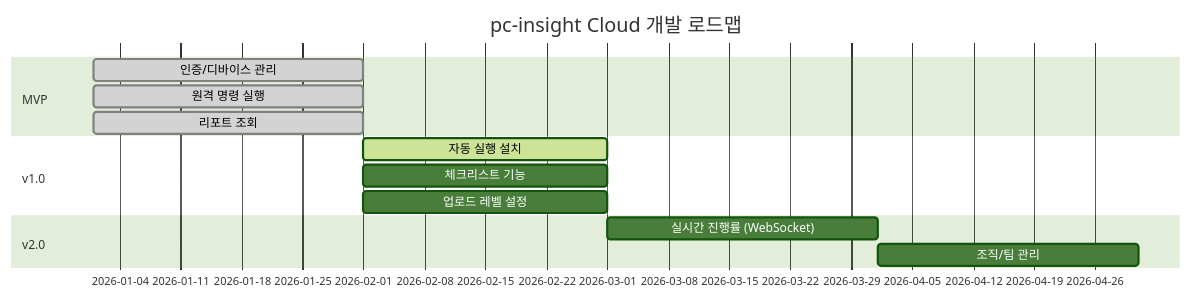
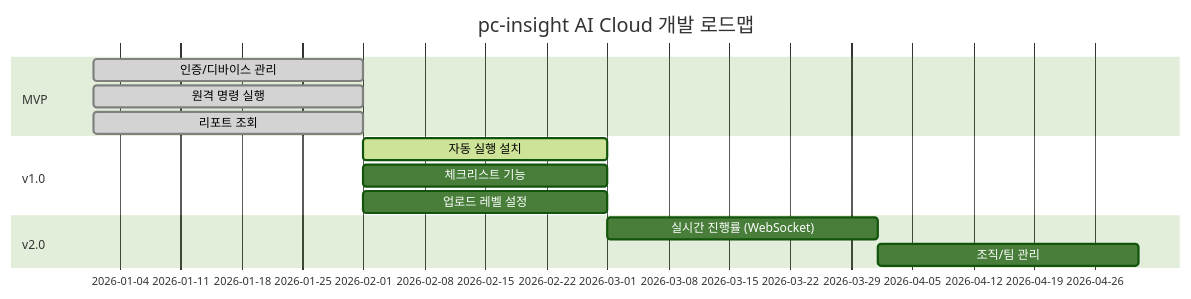
The diagram in README.md (coreline-ai/remote_pc_insight), drawn with Mermaid (forest theme) before and after one commit. The commit also changed other lines of this file, not shown here.

````diff
--- a/README.md
+++ b/README.md
@@ -213,16 +251,16 @@
 ```mermaid
 gantt
-    title pc-insight Cloud 개발 로드맵
+    title pc-insight AI Cloud 개발 로드맵
     dateFormat  YYYY-MM
     section MVP
     인증/디바이스 관리     :done, 2026-01, 2026-02
     원격 명령 실행         :done, 2026-01, 2026-02
     리포트 조회            :done, 2026-01, 2026-02
     section v1.0
     자동 실행 설치         :active, 2026-02, 2026-03
     체크리스트 기능        :2026-02, 2026-03
     업로드 레벨 설정       :2026-02, 2026-03
     section v2.0
     실시간 진행률 (WebSocket):2026-03, 2026-04
     조직/팀 관리           :2026-04, 2026-05
 ```
````
